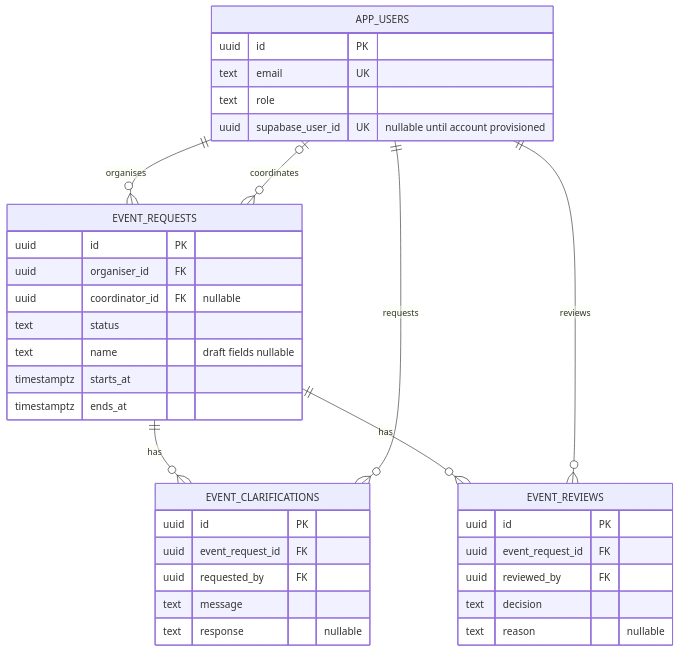
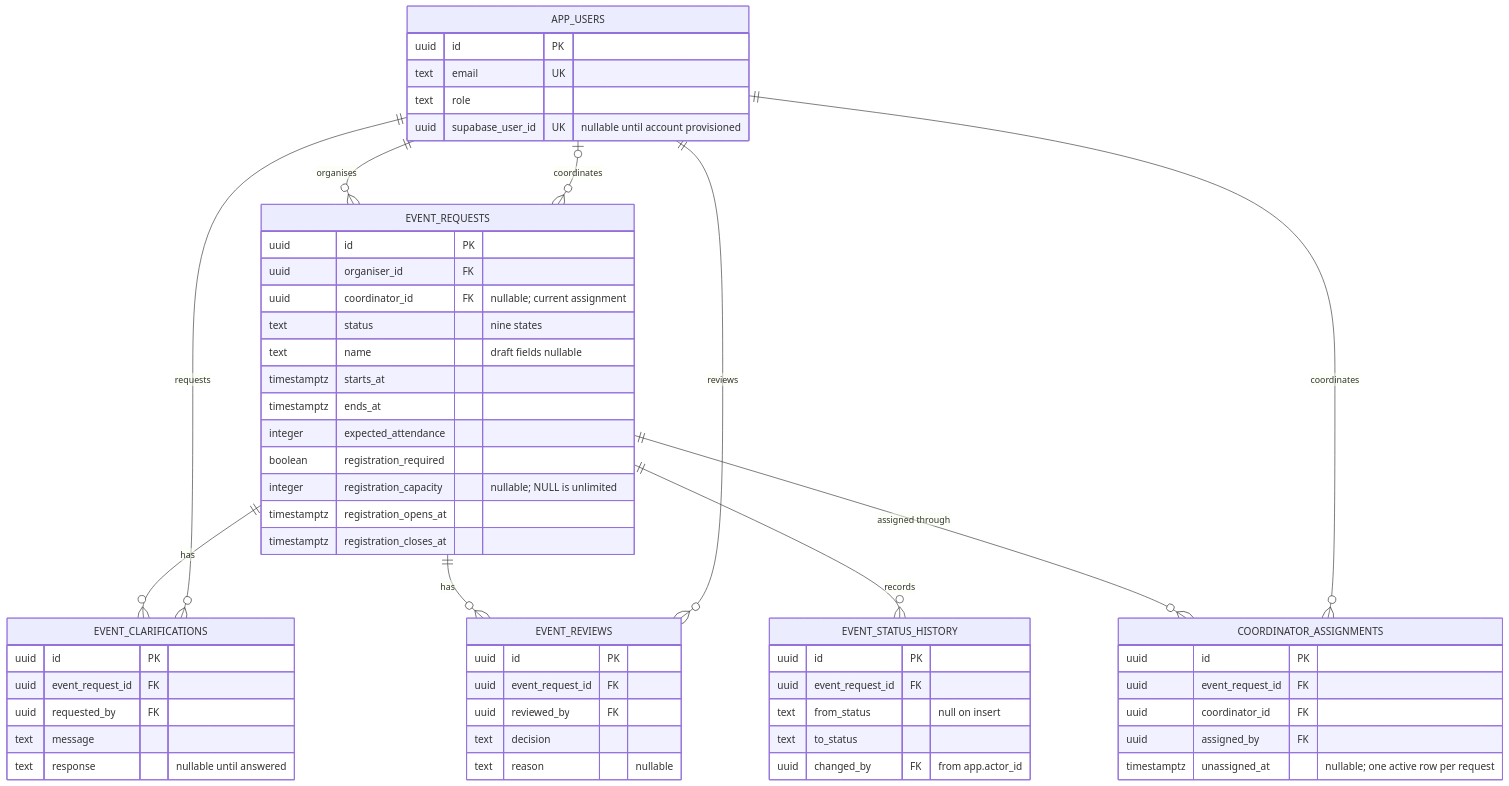
The third of 4 diagrams in docs/architecture/README.md (MochaLxtte/ConnectSphere), drawn with Mermaid before and after one commit. The commit also changed other lines of this file and 7 other files, not shown here.

````diff
--- a/docs/architecture/README.md
+++ b/docs/architecture/README.md
@@ -69,38 +77,60 @@
 ```mermaid
 erDiagram
   APP_USERS ||--o{ EVENT_REQUESTS : organises
   APP_USERS o|--o{ EVENT_REQUESTS : coordinates
   EVENT_REQUESTS ||--o{ EVENT_CLARIFICATIONS : has
   EVENT_REQUESTS ||--o{ EVENT_REVIEWS : has
+  EVENT_REQUESTS ||--o{ EVENT_STATUS_HISTORY : records
+  EVENT_REQUESTS ||--o{ COORDINATOR_ASSIGNMENTS : "assigned through"
   APP_USERS ||--o{ EVENT_CLARIFICATIONS : requests
   APP_USERS ||--o{ EVENT_REVIEWS : reviews
+  APP_USERS ||--o{ COORDINATOR_ASSIGNMENTS : coordinates
   APP_USERS {
     uuid id PK
     text email UK
     text role
     uuid supabase_user_id UK "nullable until account provisioned"
   }
   EVENT_REQUESTS {
     uuid id PK
     uuid organiser_id FK
-    uuid coordinator_id FK "nullable"
-    text status
+    uuid coordinator_id FK "nullable; current assignment"
+    text status "nine states"
     text name "draft fields nullable"
     timestamptz starts_at
     timestamptz ends_at
+    integer expected_attendance
+    boolean registration_required
+    integer registration_capacity "nullable; NULL is unlimited"
+    timestamptz registration_opens_at
+    timestamptz registration_closes_at
   }
   EVENT_CLARIFICATIONS {
     uuid id PK
     uuid event_request_id FK
     uuid requested_by FK
     text message
-    text response "nullable"
+    text response "nullable until answered"
   }
   EVENT_REVIEWS {
     uuid id PK
     uuid event_request_id FK
     uuid reviewed_by FK
     text decision
     text reason "nullable"
   }
+  EVENT_STATUS_HISTORY {
+    uuid id PK
+    uuid event_request_id FK
+    text from_status "null on insert"
+    text to_status
+    uuid changed_by FK "from app.actor_id"
+  }
+  COORDINATOR_ASSIGNMENTS {
+    uuid id PK
+    uuid event_request_id FK
+    uuid coordinator_id FK
+    uuid assigned_by FK
+    timestamptz unassigned_at "nullable; one active row per request"
+  }
 ```
````
